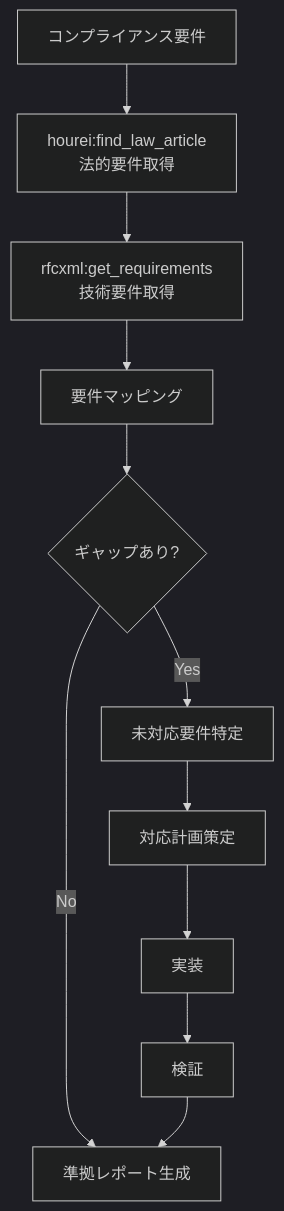
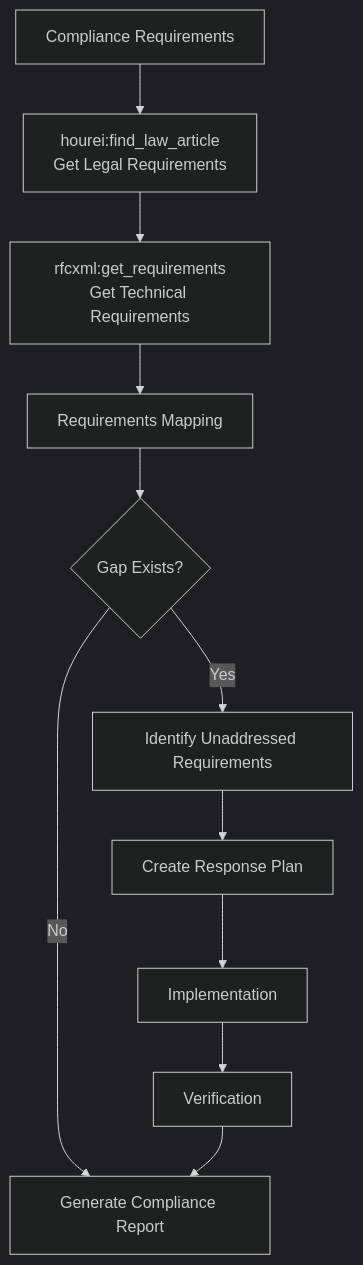
The fifth of 10 diagrams in docs/workflows/patterns.md (shuji-bonji/ai-agent-architecture), drawn with Mermaid (dark theme) before and after one commit. The commit also changed other lines of this file and 42 other files, not shown here.

````diff
--- a/docs/workflows/patterns.md
+++ b/docs/workflows/patterns.md
@@ -184,13 +186,13 @@
 ```mermaid
 flowchart TB
-    START[コンプライアンス要件] --> LEGAL[hourei:find_law_article<br/>法的要件取得]
-    LEGAL --> TECH[rfcxml:get_requirements<br/>技術要件取得]
-    TECH --> MAP[要件マッピング]
-    MAP --> GAP{ギャップあり?}
-    GAP -->|Yes| IDENTIFY[未対応要件特定]
-    GAP -->|No| REPORT[準拠レポート生成]
-    IDENTIFY --> PLAN[対応計画策定]
-    PLAN --> IMPL[実装]
-    IMPL --> VERIFY[検証]
+    START[Compliance Requirements] --> LEGAL[hourei:find_law_article<br/>Get Legal Requirements]
+    LEGAL --> TECH[rfcxml:get_requirements<br/>Get Technical Requirements]
+    TECH --> MAP[Requirements Mapping]
+    MAP --> GAP{Gap Exists?}
+    GAP -->|Yes| IDENTIFY[Identify Unaddressed Requirements]
+    GAP -->|No| REPORT[Generate Compliance Report]
+    IDENTIFY --> PLAN[Create Response Plan]
+    PLAN --> IMPL[Implementation]
+    IMPL --> VERIFY[Verification]
     VERIFY --> REPORT
 ```
````
